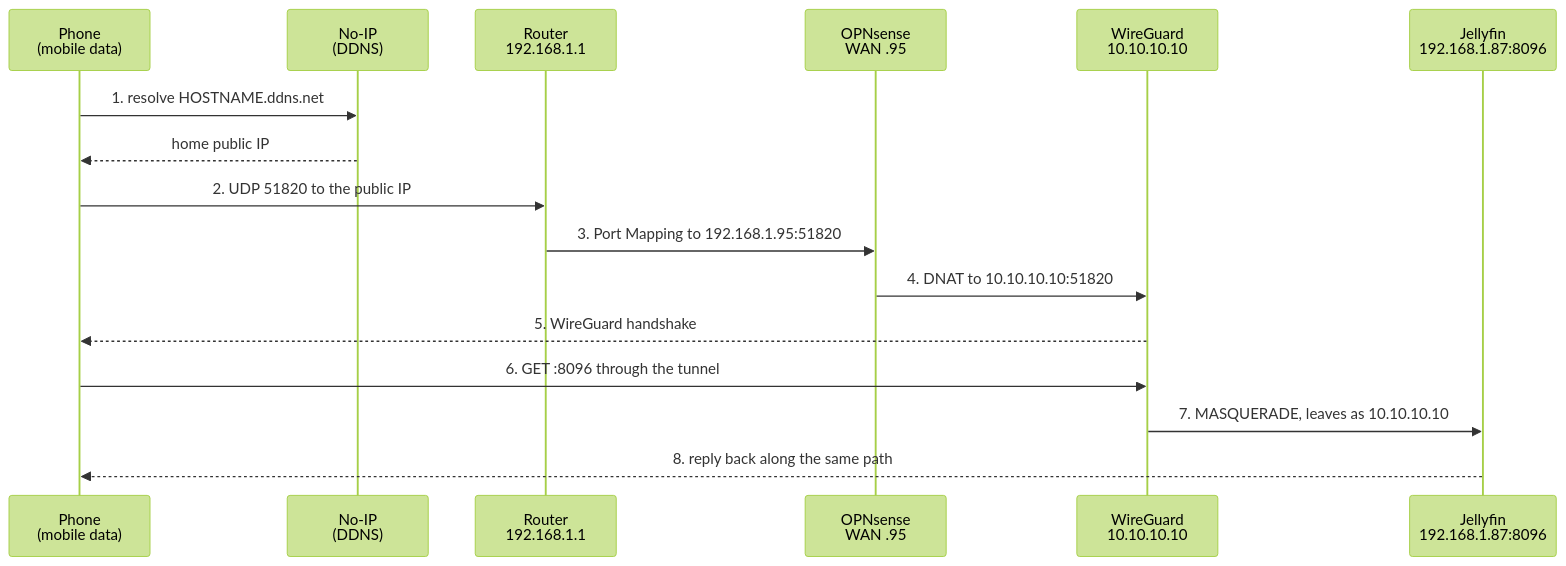
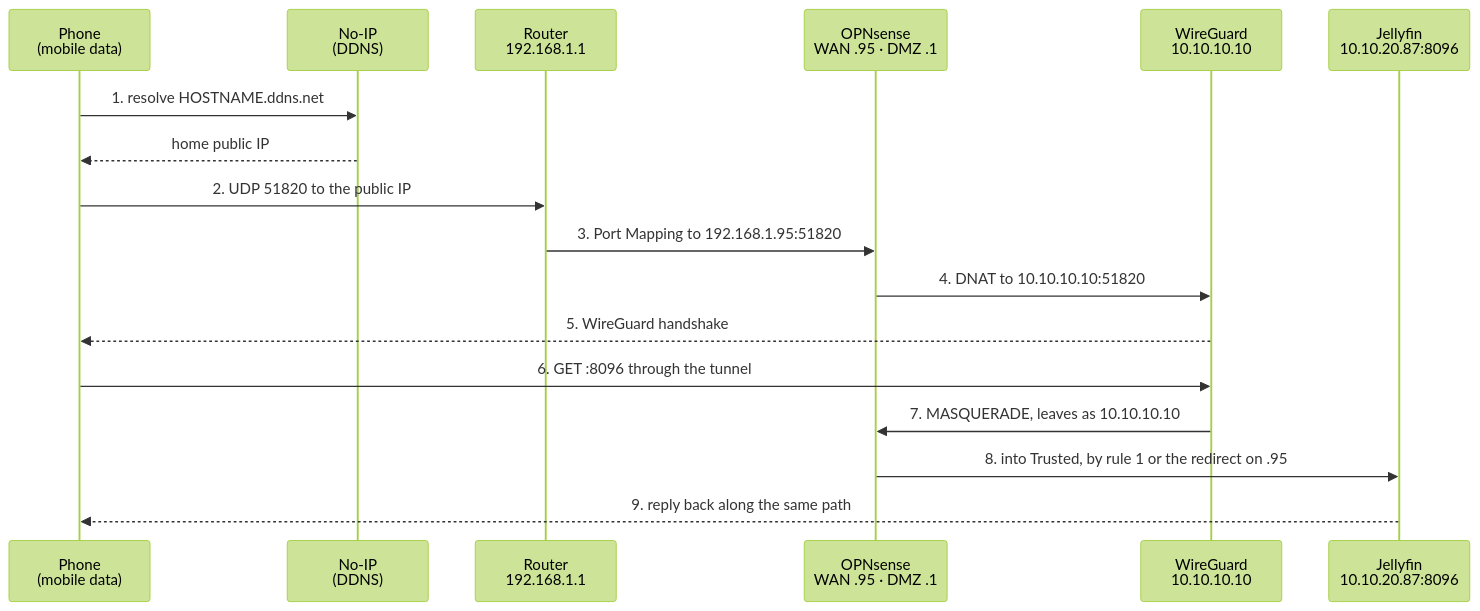
One commit to RuiGRMargarido/homelab changed the third of 6 diagrams in docs/NETWORK.md. Above: the diagram before and after it, drawn with Mermaid (forest theme). The commit also changed other lines of this file and 2 other files, not shown here.

First line of the commit message:
Diagramas de rede alinhados com o estado real, e o caminho de administracao pelo tunel

````diff
--- a/docs/NETWORK.md
+++ b/docs/NETWORK.md
@@ -321,19 +334,20 @@
 ```mermaid
 sequenceDiagram
     participant C as Phone<br/>(mobile data)
     participant D as No-IP<br/>(DDNS)
     participant R as Router<br/>192.168.1.1
-    participant F as OPNsense<br/>WAN .95
+    participant F as OPNsense<br/>WAN .95 · DMZ .1
     participant W as WireGuard<br/>10.10.10.10
-    participant J as Jellyfin<br/>192.168.1.87:8096
+    participant J as Jellyfin<br/>10.10.20.87:8096
 
     C->>D: 1. resolve HOSTNAME.ddns.net
     D-->>C: home public IP
     C->>R: 2. UDP 51820 to the public IP
     R->>F: 3. Port Mapping to 192.168.1.95:51820
     F->>W: 4. DNAT to 10.10.10.10:51820
     W-->>C: 5. WireGuard handshake
     C->>W: 6. GET :8096 through the tunnel
-    W->>J: 7. MASQUERADE, leaves as 10.10.10.10
-    J-->>C: 8. reply back along the same path
+    W->>F: 7. MASQUERADE, leaves as 10.10.10.10
+    F->>J: 8. into Trusted, by rule 1 or the redirect on .95
+    J-->>C: 9. reply back along the same path
 ```
````
